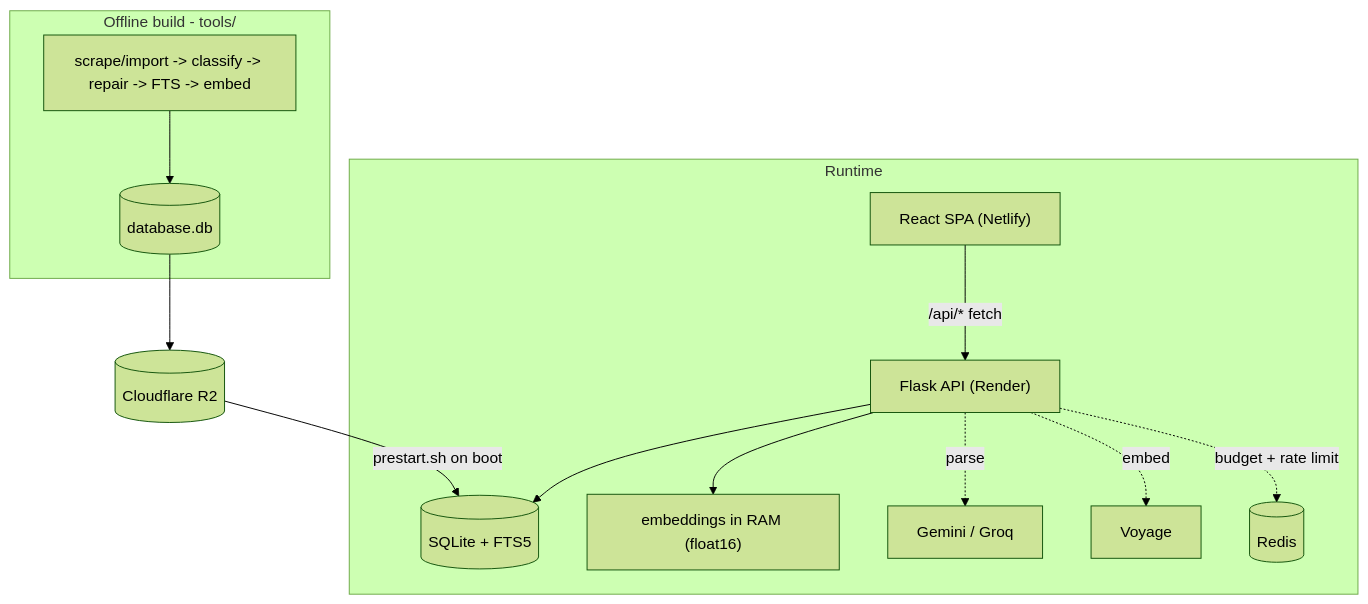
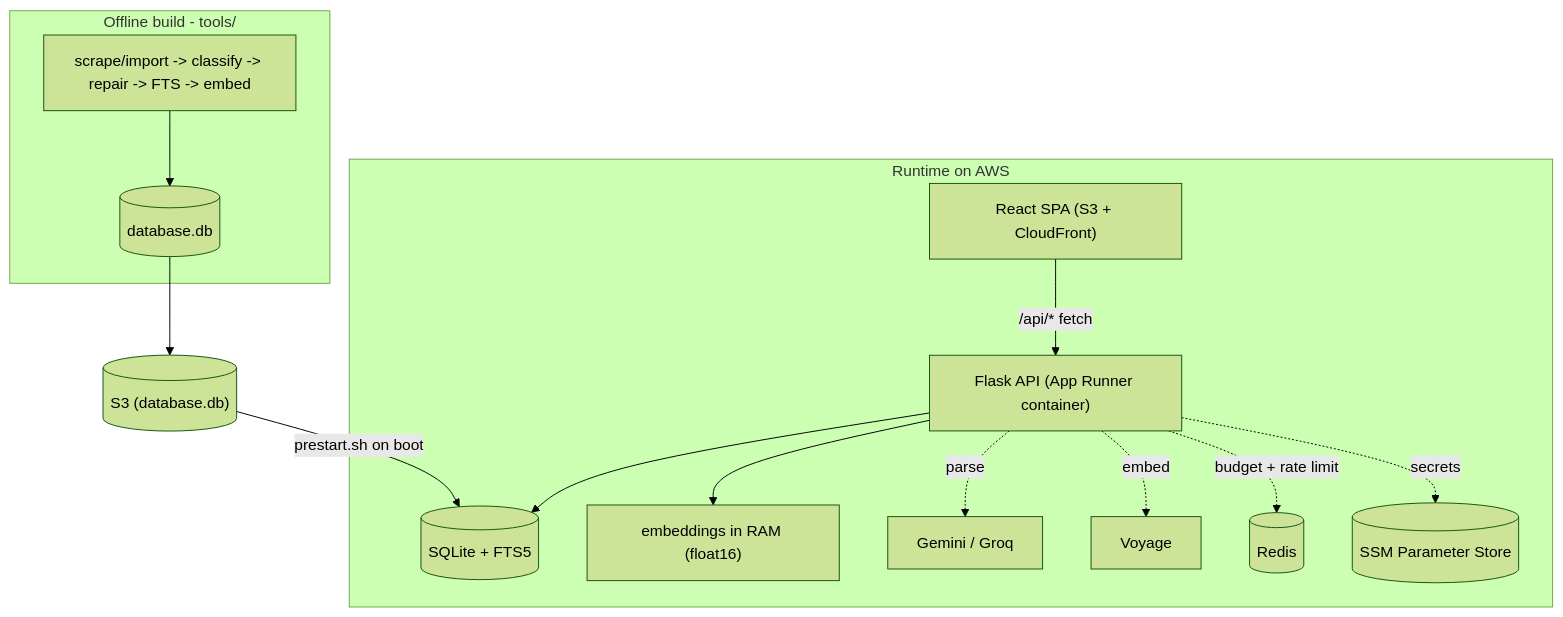
Before and after one commit to hiruykassa/ask-the-church-fathers: the diagram in docs/walkthrough/12-ownership.md, drawn with Mermaid (forest theme). The commit also changed other lines of this file and 10 other files, not shown here.

````diff
--- a/docs/walkthrough/12-ownership.md
+++ b/docs/walkthrough/12-ownership.md
@@ -15,16 +15,17 @@
 ```mermaid
 flowchart TD
   subgraph build [Offline build - tools/]
     etl["scrape/import -> classify -> repair -> FTS -> embed"] --> db[("database.db")]
   end
-  db --> r2[("Cloudflare R2")]
-  subgraph runtime [Runtime]
-    fe["React SPA (Netlify)"] -->|"/api/* fetch"| api["Flask API (Render)"]
+  db --> s3db[("S3 (database.db)")]
+  subgraph runtime [Runtime on AWS]
+    fe["React SPA (S3 + CloudFront)"] -->|"/api/* fetch"| api["Flask API (App Runner container)"]
     api --> sqlite[("SQLite + FTS5")]
     api --> ram["embeddings in RAM (float16)"]
     api -.->|parse| llm["Gemini / Groq"]
     api -.->|embed| voy["Voyage"]
     api -.->|budget + rate limit| redis[("Redis")]
+    api -.->|secrets| ssm[("SSM Parameter Store")]
   end
-  r2 -->|"prestart.sh on boot"| sqlite
+  s3db -->|"prestart.sh on boot"| sqlite
 ```
````
